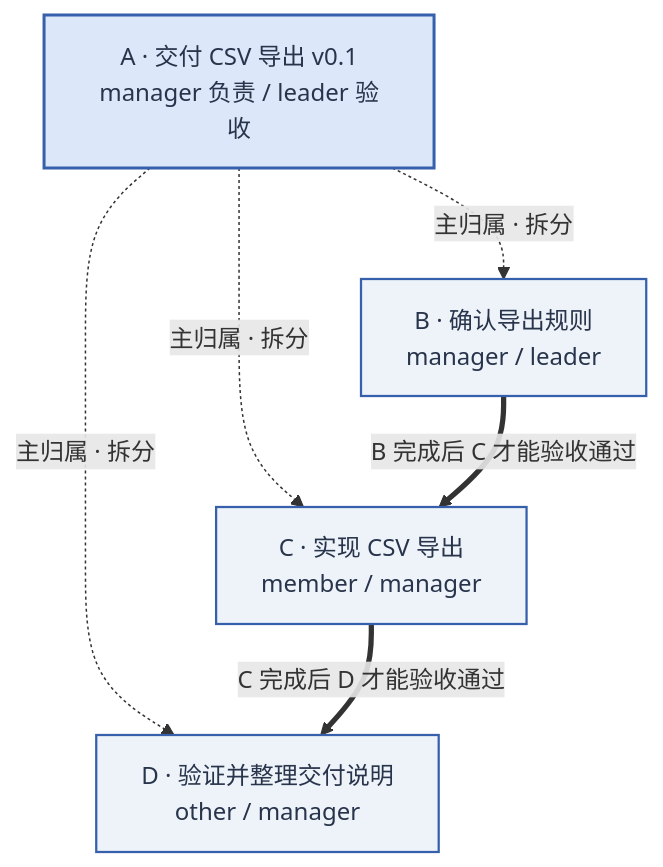
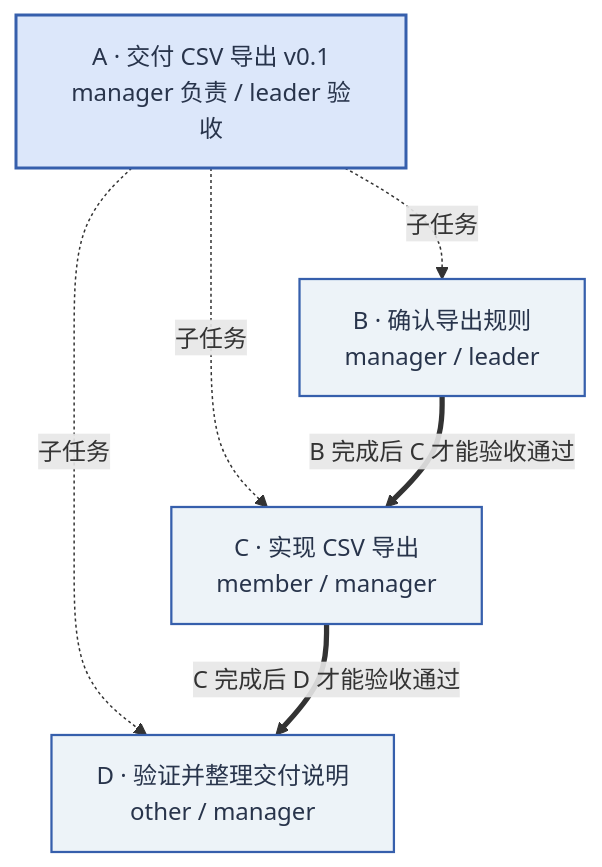
One commit to M1racleShih/open-task changed the diagram in docs/assets/diagrams/zh-CN/csv-task-relations.mmd. Above: the diagram before and after it, drawn with Mermaid. The commit also changed 125 other files, not shown here.

```diff
--- a/docs/assets/diagrams/zh-CN/csv-task-relations.mmd
+++ b/docs/assets/diagrams/zh-CN/csv-task-relations.mmd
@@ -1,16 +1,16 @@
 flowchart TB
   accTitle: CSV 导出案例的父子归属与前置依赖
   accDescr: A 是交付父任务，B、C、D 是子任务；B 是 C 的验收前置，C 是 D 的验收前置。父任务需单独提交成果并验收。
   A["A · 交付 CSV 导出 v0.1<br/>manager 负责 / leader 验收"]
   B["B · 确认导出规则<br/>manager / leader"]
   C["C · 实现 CSV 导出<br/>member / manager"]
   D["D · 验证并整理交付说明<br/>other / manager"]
-  A -.->|主归属 · 拆分| B
-  A -.->|主归属 · 拆分| C
-  A -.->|主归属 · 拆分| D
+  A -.->|子任务| B
+  A -.->|子任务| C
+  A -.->|子任务| D
   B ==>|B 完成后 C 才能验收通过| C
   C ==>|C 完成后 D 才能验收通过| D
   classDef task fill:#EDF3F8,stroke:#365FAC,color:#28344B,stroke-width:1.5px;
   classDef parent fill:#DCE7FA,stroke:#365FAC,color:#28344B,stroke-width:2px;
   class A parent;
   class B,C,D task;
```
